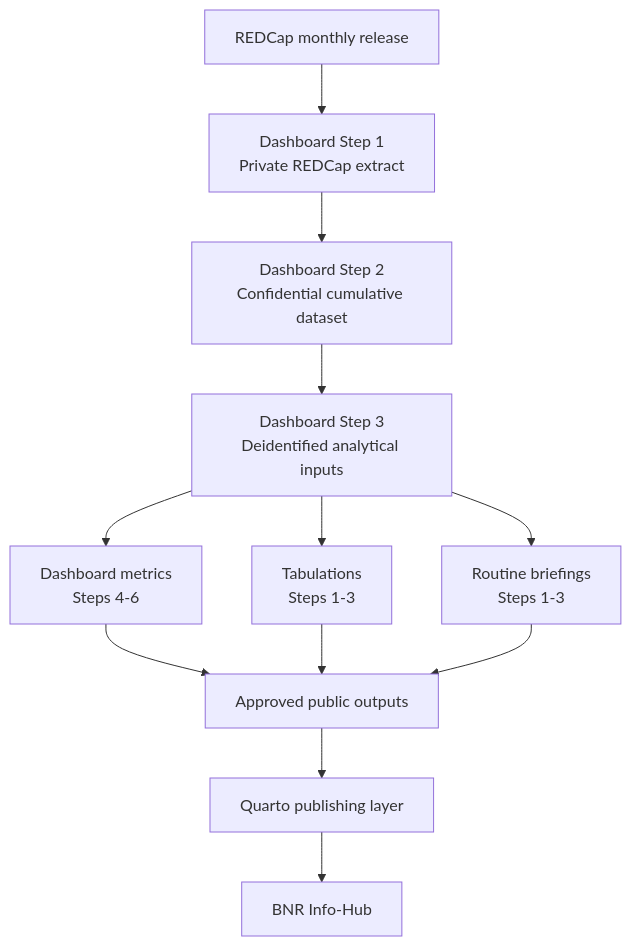
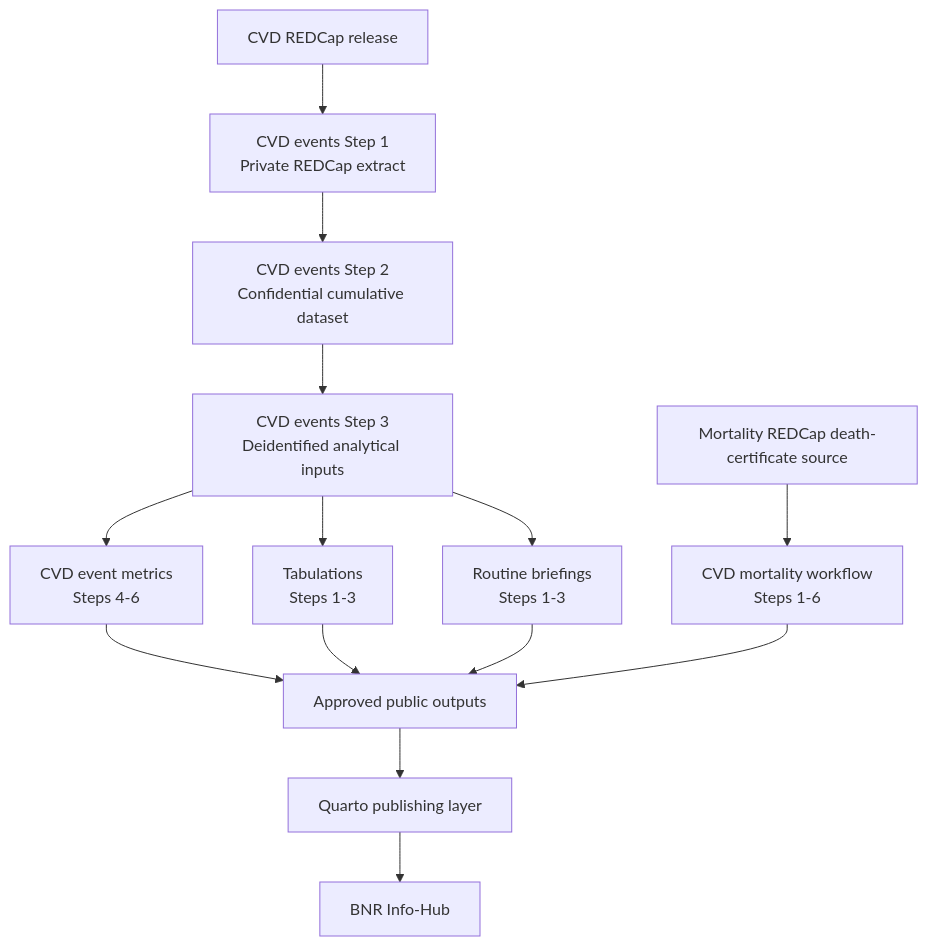
One commit to UWI-BNR/info-hub changed the diagram in site/technical/workflows/overview.qmd. Above: the diagram before and after it, drawn with Mermaid. The commit also changed other lines of this file and 52 other files, not shown here.

Commit message:
Mortality dashboard + Help files completed

````diff
--- a/site/technical/workflows/overview.qmd
+++ b/site/technical/workflows/overview.qmd
@@ -18,17 +18,20 @@
 ```{mermaid}
 flowchart TD
-    A["REDCap monthly release"] --> B["Dashboard Step 1<br/>Private REDCap extract"]
-    B --> C["Dashboard Step 2<br/>Confidential cumulative dataset"]
-    C --> D["Dashboard Step 3<br/>Deidentified analytical inputs"]
+    A["CVD REDCap release"] --> B["CVD events Step 1<br/>Private REDCap extract"]
+    B --> C["CVD events Step 2<br/>Confidential cumulative dataset"]
+    C --> D["CVD events Step 3<br/>Deidentified analytical inputs"]
 
-    D --> E["Dashboard metrics<br/>Steps 4-6"]
+    D --> E["CVD event metrics<br/>Steps 4-6"]
     D --> F["Tabulations<br/>Steps 1-3"]
     D --> G["Routine briefings<br/>Steps 1-3"]
+
+    M["Mortality REDCap death-certificate source"] --> N["CVD mortality workflow<br/>Steps 1-6"]
 
     E --> H["Approved public outputs"]
     F --> H
     G --> H
+    N --> H
 
     H --> I["Quarto publishing layer"]
     I --> J["BNR Info-Hub"]
 ```
````
